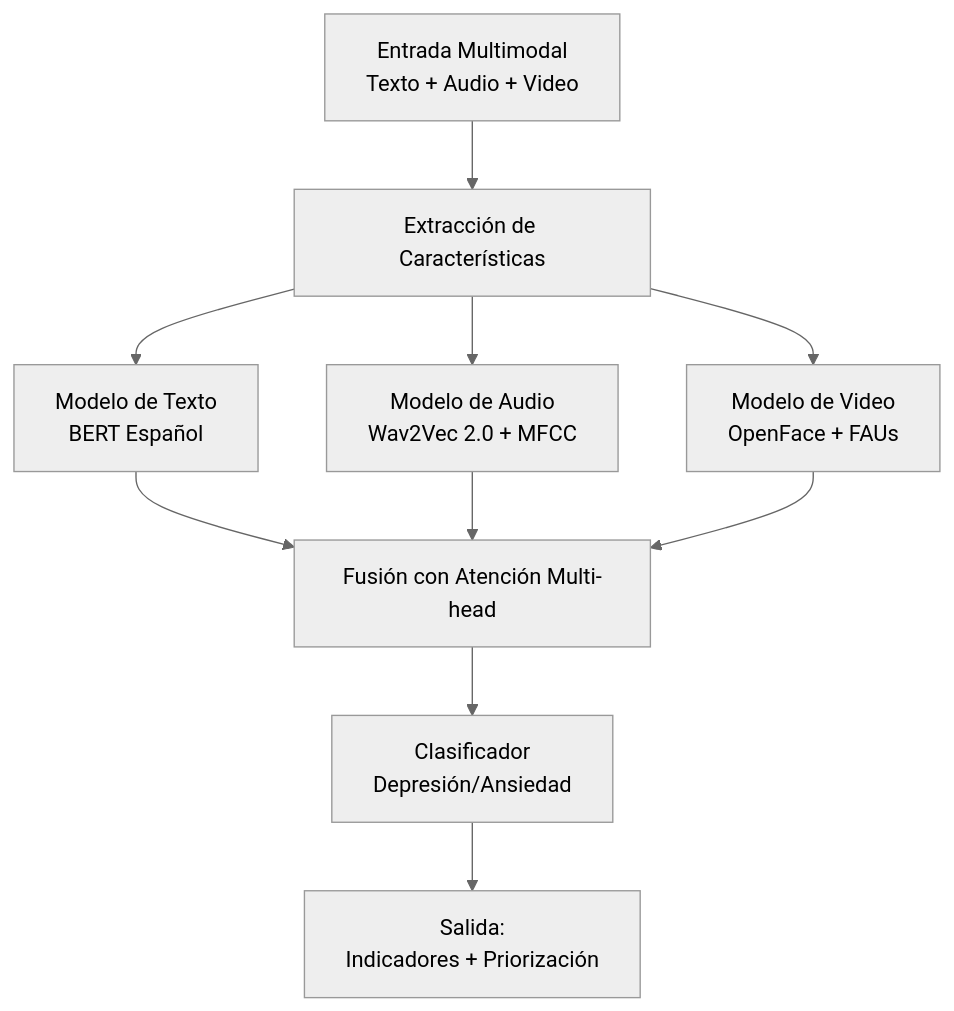
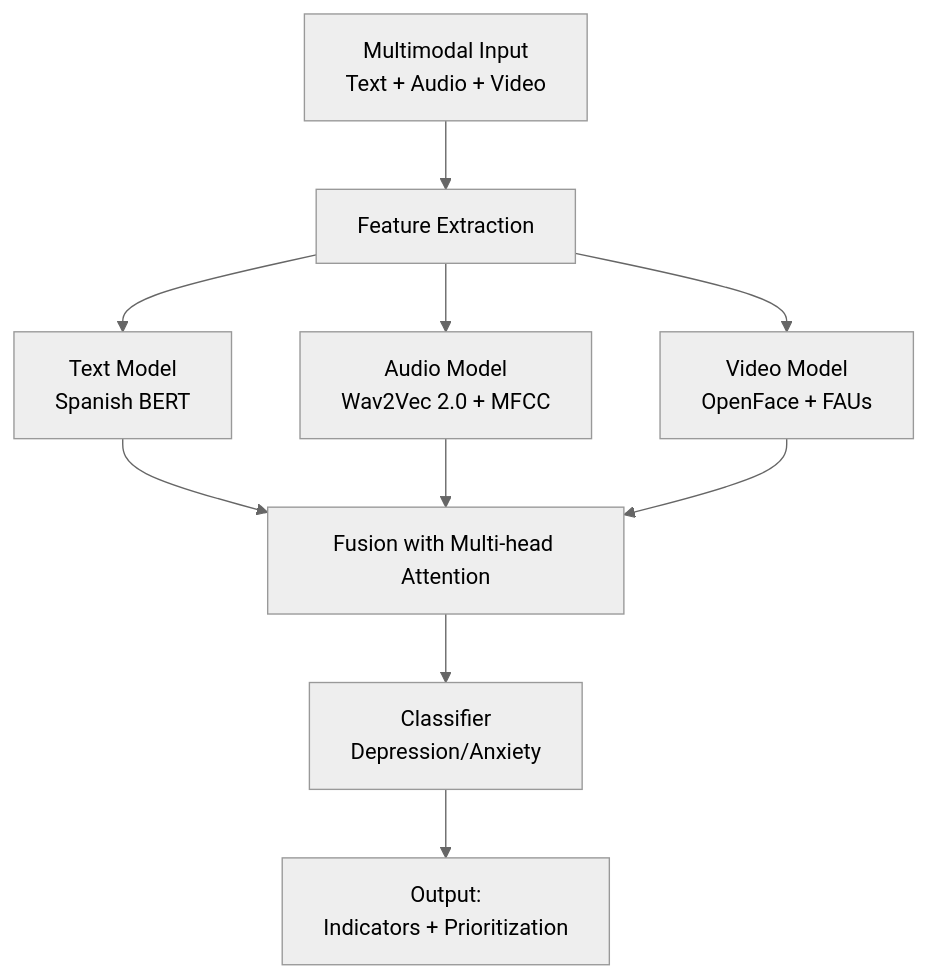
One commit to VerbaNexAI/verbanexai.github.io changed the third of 7 diagrams in _projects/2_project.md. Above: the diagram before and after it, drawn with Mermaid (neutral theme). The commit also changed other lines of this file, not shown here.

````diff
--- a/_projects/2_project.md
+++ b/_projects/2_project.md
@@ -64,15 +64,15 @@
 ```mermaid
 flowchart TD
-    A[Entrada Multimodal<br>Texto + Audio + Video] --> B[Extracción de Características]
+    A[Multimodal Input<br>Text + Audio + Video] --> B[Feature Extraction]
     
-    B --> C1[Modelo de Texto<br>BERT Español]
-    B --> C2[Modelo de Audio<br>Wav2Vec 2.0 + MFCC]
-    B --> C3[Modelo de Video<br>OpenFace + FAUs]
+    B --> C1[Text Model<br>Spanish BERT]
+    B --> C2[Audio Model<br>Wav2Vec 2.0 + MFCC]
+    B --> C3[Video Model<br>OpenFace + FAUs]
     
-    C1 --> D[Fusión con Atención Multi-head]
+    C1 --> D[Fusion with Multi-head Attention]
     C2 --> D
     C3 --> D
     
-    D --> E[Clasificador<br>Depresión/Ansiedad]
-    E --> F[Salida:<br>Indicadores + Priorización]
+    D --> E[Classifier<br>Depression/Anxiety]
+    E --> F[Output:<br>Indicators + Prioritization]
 ```
````
